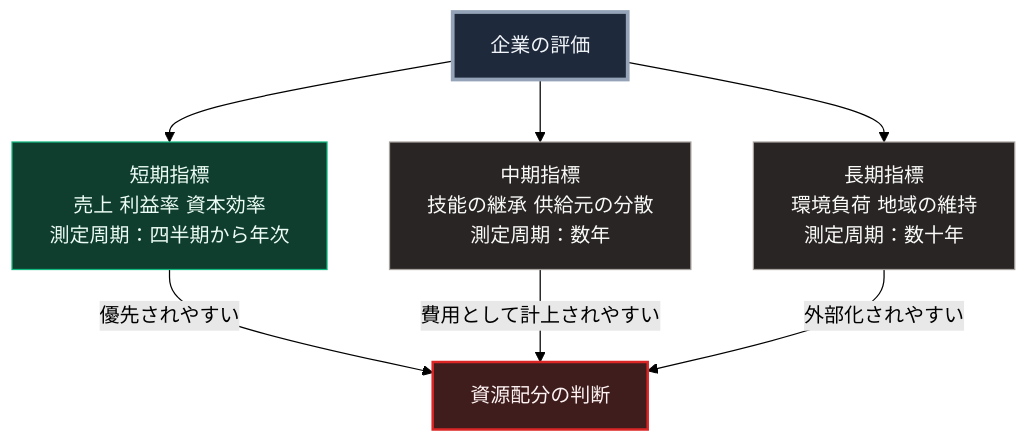
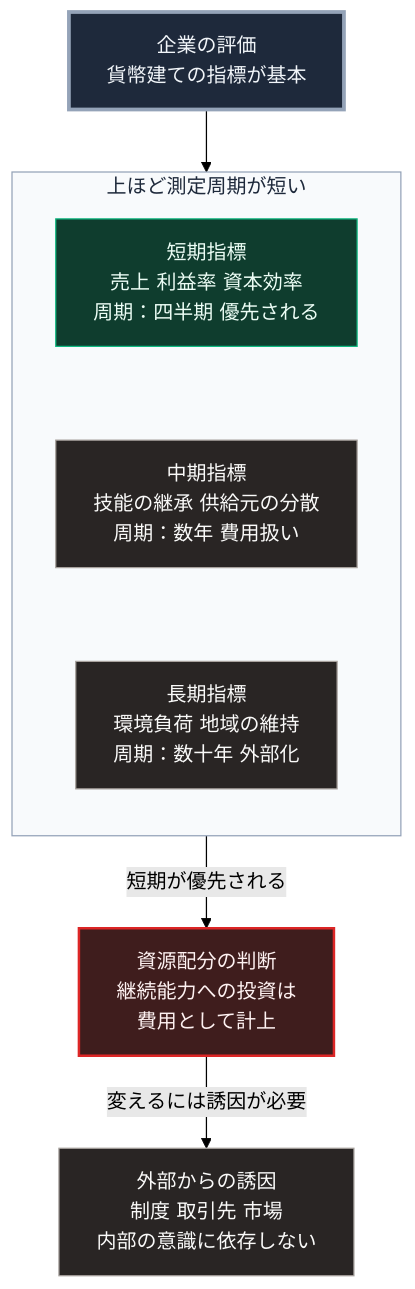
One commit to Takenori-Kusaka/zenn-content changed the diagram in books/sovereign-resilience-blueprint/implication-company.md. Above: the diagram before and after it, drawn with Mermaid (forest theme). The commit also changed other lines of this file and 114 other files, not shown here.

````diff
--- a/books/sovereign-resilience-blueprint/implication-company.md
+++ b/books/sovereign-resilience-blueprint/implication-company.md
@@ -81,18 +81,20 @@
 ```mermaid
 flowchart TD
-    E[企業の評価]
-
-    E --> S[短期指標<br>売上 利益率 資本効率<br>測定周期：四半期から年次]
-    E --> M[中期指標<br>技能の継承 供給元の分散<br>測定周期：数年]
-    E --> L[長期指標<br>環境負荷 地域の維持<br>測定周期：数十年]
-
-    S -->|優先されやすい| R[資源配分の判断]
-    M -->|費用として計上されやすい| R
-    L -->|外部化されやすい| R
+    E[企業の評価<br>貨幣建ての指標が基本]
+    subgraph G[上ほど測定周期が短い]
+        direction TB
+        S[短期指標<br>売上 利益率 資本効率<br>周期：四半期 優先される] ~~~ M[中期指標<br>技能の継承 供給元の分散<br>周期：数年 費用扱い]
+        M ~~~ L[長期指標<br>環境負荷 地域の維持<br>周期：数十年 外部化]
+    end
+    E --> G
+    G -->|短期が優先される| R[資源配分の判断<br>継続能力への投資は<br>費用として計上]
+    R -->|変えるには誘因が必要| I[外部からの誘因<br>制度 取引先 市場<br>内部の意識に依存しない]
 
     style E fill:#1e293b,stroke:#94a3b8,stroke-width:3px,color:#f1f5f9
+    style G fill:#f8fafc,stroke:#94a3b8,color:#1e293b
     style S fill:#0f3d2e,stroke:#10b981,color:#ecfdf5
     style M fill:#292524,stroke:#a8a29e,color:#fafaf9
     style L fill:#292524,stroke:#a8a29e,color:#fafaf9
     style R fill:#3f1d1d,stroke:#dc2626,stroke-width:2px,color:#fef2f2
+    style I fill:#292524,stroke:#a8a29e,color:#fafaf9
 ```
````
